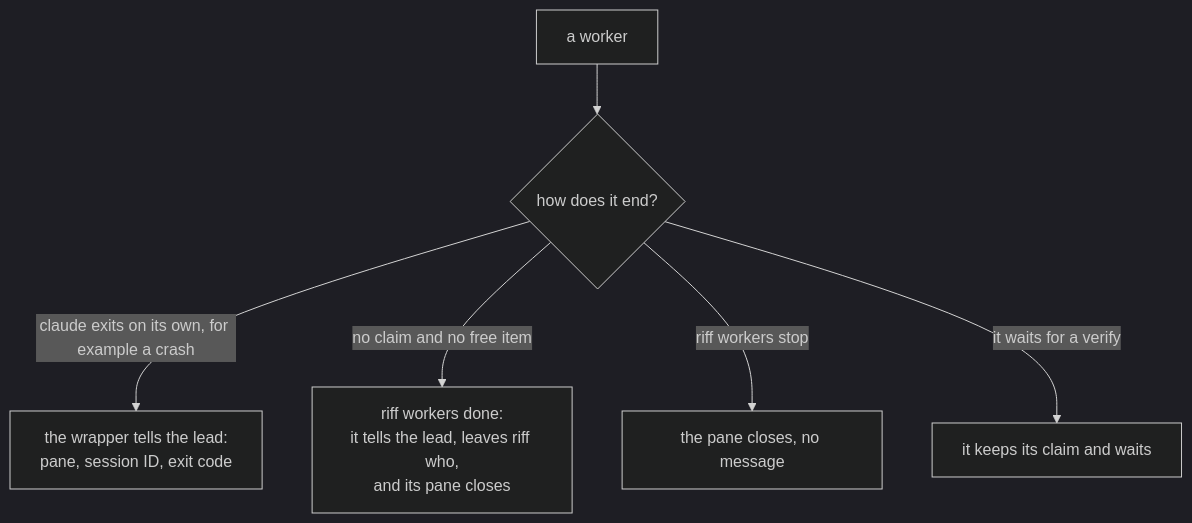
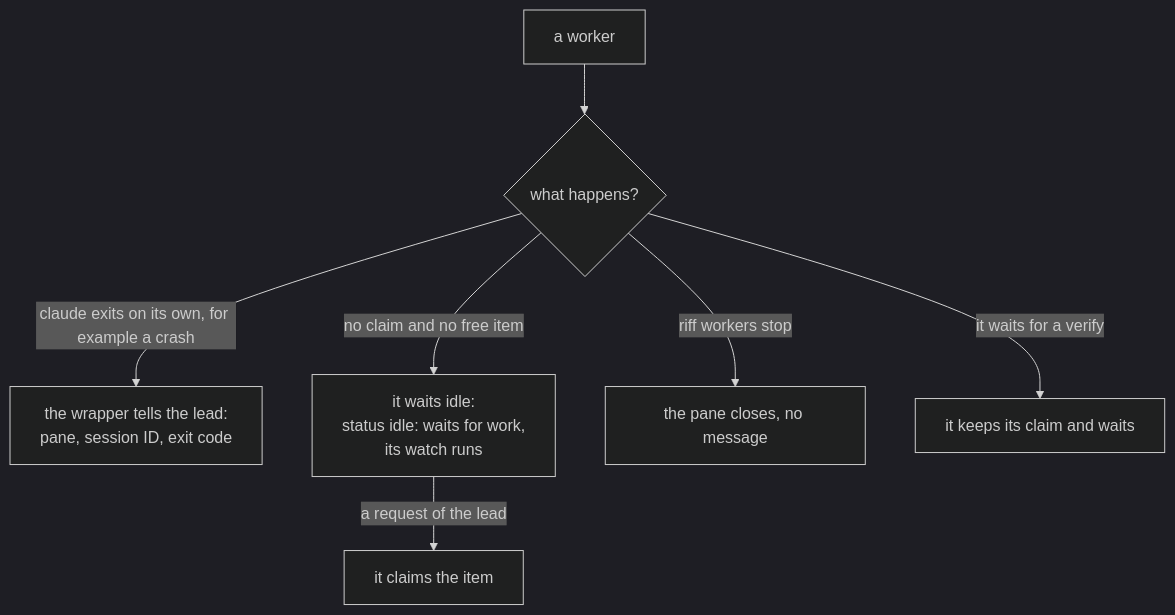
Diagram 25 of 25 in docs/src/how-it-works.md (como-technologies/riff), drawn with Mermaid (dark theme) before and after one commit. The commit also changed other lines of this file and 9 other files, not shown here.

First line of the commit message:
Let a worker with no work wait idle; the lead decides when it ends (#143)

````diff
--- a/docs/src/how-it-works.md
+++ b/docs/src/how-it-works.md
@@ -1336,8 +1335,9 @@
 ```mermaid
 flowchart TD
-    W[a worker] --> Q{how does it end?}
+    W[a worker] --> Q{what happens?}
     Q -- "claude exits on its own, for example a crash" --> C["the wrapper tells the lead:<br/>pane, session ID, exit code"]
-    Q -- "no claim and no free item" --> D["riff workers done:<br/>it tells the lead, leaves riff who,<br/>and its pane closes"]
+    Q -- "no claim and no free item" --> I["it waits idle:<br/>status idle: waits for work,<br/>its watch runs"]
+    I -- "a request of the lead" --> N[it claims the item]
     Q -- "riff workers stop" --> S[the pane closes, no message]
     Q -- "it waits for a verify" --> K[it keeps its claim and waits]
 ```
````
